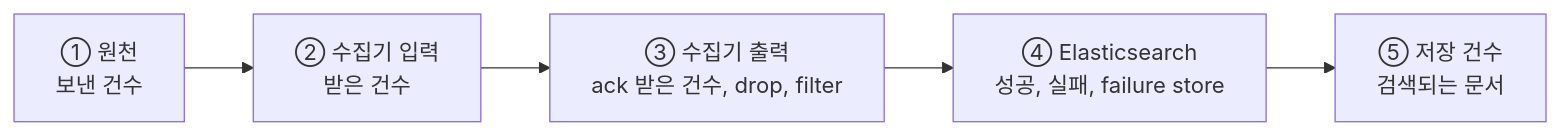
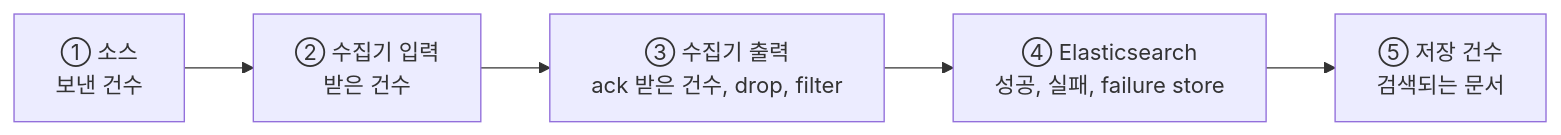
One commit to Munsik/engineering-notes changed the diagram in src/content/docs/ingest/05-count-reconciliation.md. Above: the diagram before and after it, drawn with Mermaid. The commit also changed other lines of this file and 65 other files, not shown here.

````diff
--- a/src/content/docs/ingest/05-count-reconciliation.md
+++ b/src/content/docs/ingest/05-count-reconciliation.md
@@ -21,7 +21,7 @@
 ```mermaid
 flowchart LR
-    S["① 원천<br/>보낸 건수"] --> I["② 수집기 입력<br/>받은 건수"]
+    S["① 소스<br/>보낸 건수"] --> I["② 수집기 입력<br/>받은 건수"]
     I --> O["③ 수집기 출력<br/>ack 받은 건수, drop, filter"]
     O --> E["④ Elasticsearch<br/>성공, 실패, failure store"]
     E --> D["⑤ 저장 건수<br/>검색되는 문서"]
 ```
````
